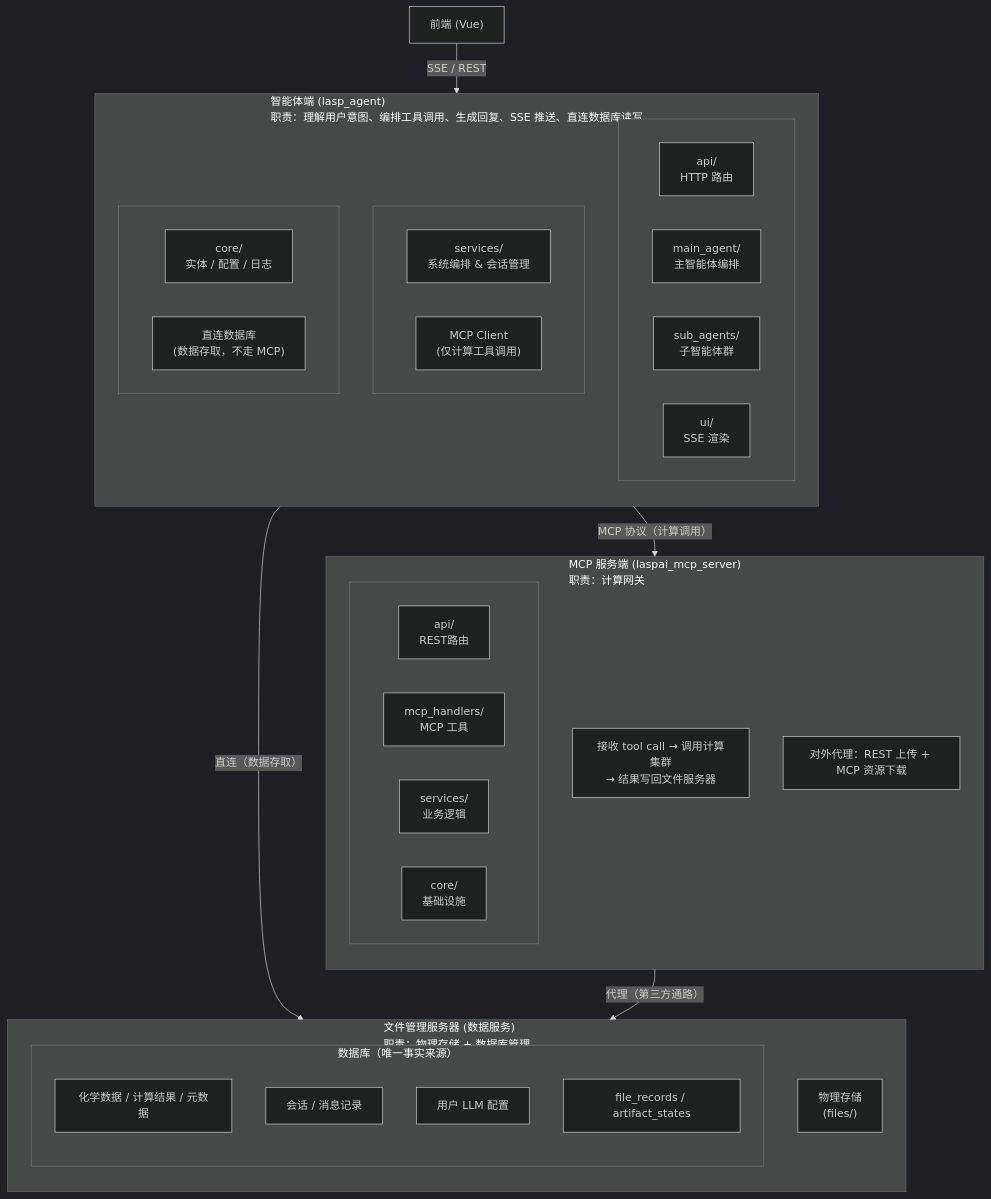
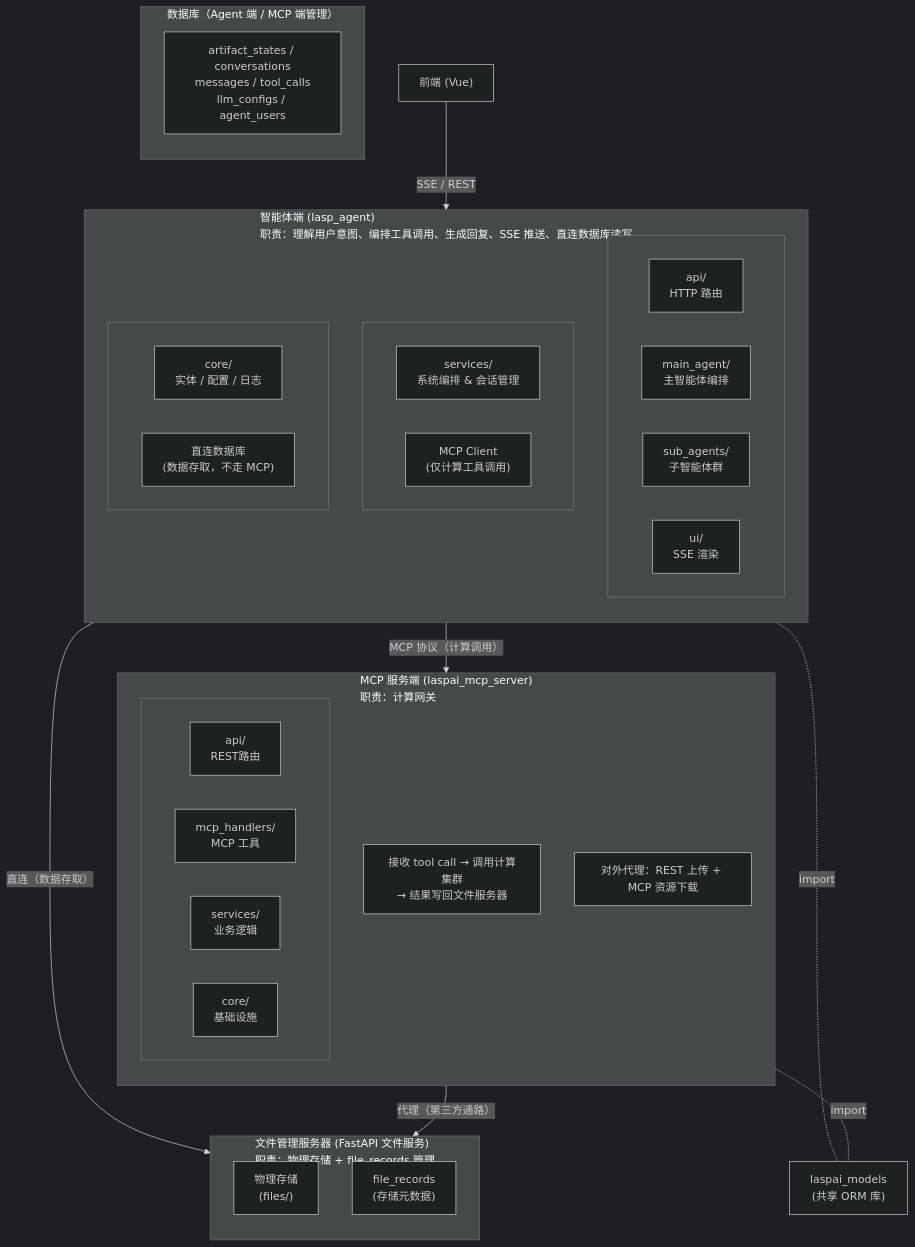
One commit to zhou-tian-yi/laspai-agent-design changed the first of 4 diagrams in LASPAI 智能体系统总体设计方案.md. Above: the diagram before and after it, drawn with Mermaid (dark theme). The commit also changed other lines of this file and 2 other files, not shown here.

````diff
--- a/LASPAI 智能体系统总体设计方案.md
+++ b/LASPAI 智能体系统总体设计方案.md
@@ -20,57 +20,58 @@
 ```mermaid
 flowchart TB
     FE["前端 (Vue)"]
 
     FE -->|"SSE / REST"| AGENT
 
     subgraph AGENT["智能体端 (lasp_agent)<br/>职责：理解用户意图、编排工具调用、生成回复、SSE 推送、直连数据库读写"]
         direction TB
         subgraph AG_TOP[" "]
             direction LR
             API["api/<br/>HTTP 路由"]
             MAIN["main_agent/<br/>主智能体编排"]
             SUB["sub_agents/<br/>子智能体群"]
             UI["ui/<br/>SSE 渲染"]
         end
         subgraph AG_MID[" "]
             direction LR
             SVC["services/<br/>系统编排 & 会话管理"]
             MCPC["MCP Client<br/>(仅计算工具调用)"]
         end
         subgraph AG_BOT[" "]
             direction LR
             CORE["core/<br/>实体 / 配置 / 日志"]
             DIRECT["直连数据库<br/>(数据存取，不走 MCP)"]
         end
     end
 
     AGENT -->|"直连（数据存取）"| FS
     AGENT -->|"MCP 协议（计算调用）"| MCPSERVER
+    AGENT -.-|"import"| MODELS["laspai_models<br/>(共享 ORM 库)"]
+    MCPSERVER -.-|"import"| MODELS
 
-    subgraph FS["文件管理服务器 (数据服务)<br/>职责：物理存储 + 数据库管理"]
+    subgraph FS["文件管理服务器 (FastAPI 文件服务)<br/>职责：物理存储 + file_records 管理"]
         direction TB
         FS1["物理存储<br/>(files/)"]
-        subgraph DB["数据库（唯一事实来源）"]
-            direction TB
-            DB1["化学数据 / 计算结果 / 元数据"]
-            DB2["会话 / 消息记录"]
-            DB3["用户 LLM 配置"]
-            DB4["file_records / artifact_states"]
-        end
+        FS2["file_records<br/>(存储元数据)"]
+    end
+
+    subgraph DB["数据库（Agent 端 / MCP 端管理）"]
+        direction TB
+        DB1["artifact_states / conversations<br/>messages / tool_calls<br/>llm_configs / agent_users"]
     end
 
     subgraph MCPSERVER["MCP 服务端 (laspai_mcp_server)<br/>职责：计算网关"]
         direction TB
         MCP_DESC["接收 tool call → 调用计算集群<br/>→ 结果写回文件服务器"]
         MCP_EXT["对外代理：REST 上传 + MCP 资源下载"]
         subgraph MCP_INT[" "]
             direction LR
             MCP_API["api/<br/>REST路由"]
             MCP_HAND["mcp_handlers/<br/>MCP 工具"]
             MCP_SVC["services/<br/>业务逻辑"]
             MCP_CORE["core/<br/>基础设施"]
         end
     end
 
     MCPSERVER -->|"代理（第三方通路）"| FS
 ```
````
